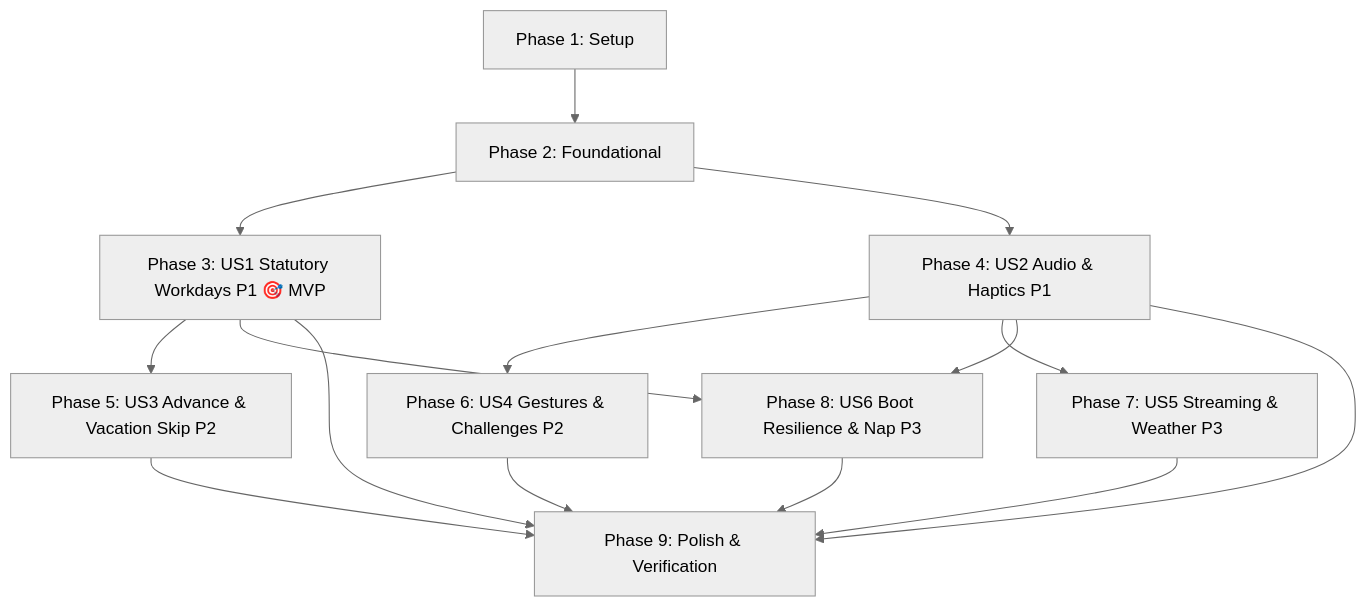
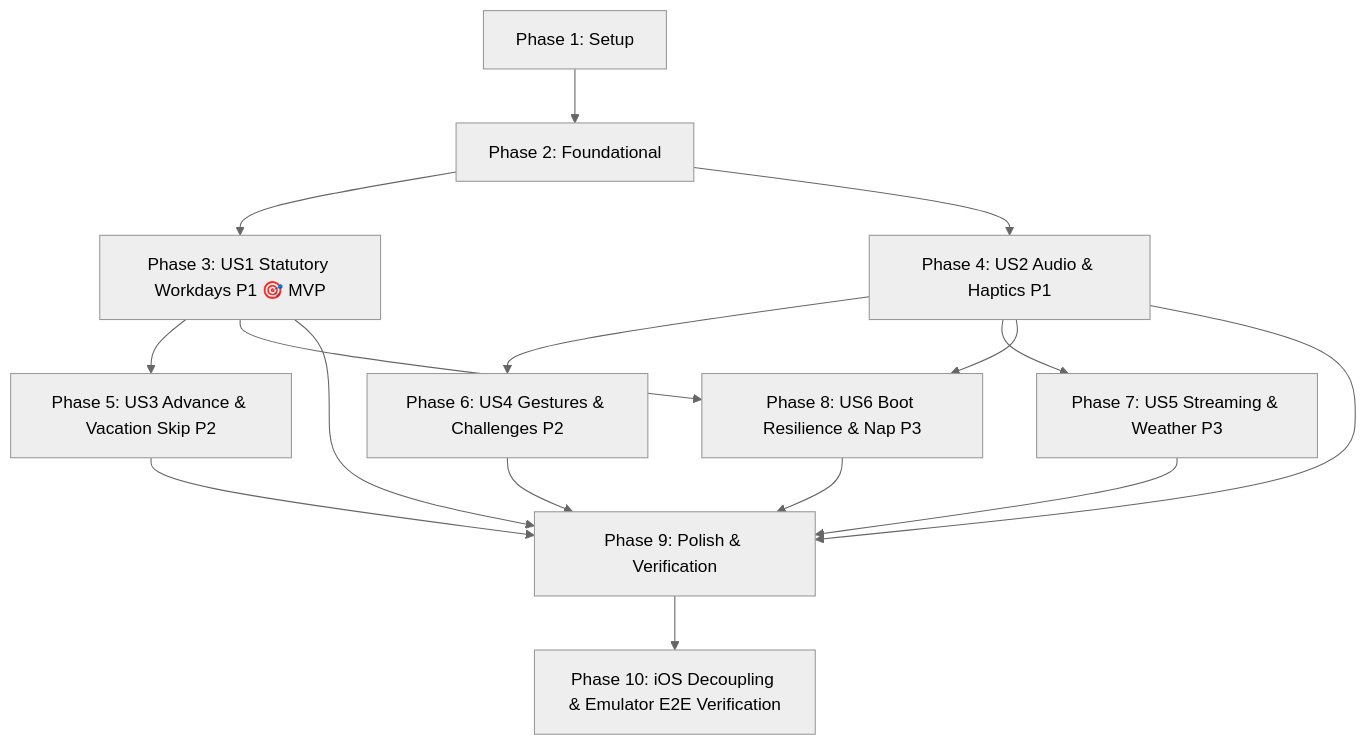
One commit to edompeng/alarm changed the diagram in specs/001-android-smart-alarm/tasks.md. Above: the diagram before and after it, drawn with Mermaid (neutral theme). The commit also changed other lines of this file and 22 other files, not shown here.

Commit message:
feat: add cross-platform C++ interfaces for iOS and automated emulator verification

````diff
--- a/specs/001-android-smart-alarm/tasks.md
+++ b/specs/001-android-smart-alarm/tasks.md
@@ -183,17 +196,18 @@
 ```mermaid
 graph TD
     P1[Phase 1: Setup] --> P2[Phase 2: Foundational]
     P2 --> US1[Phase 3: US1 Statutory Workdays P1 🎯 MVP]
     P2 --> US2[Phase 4: US2 Audio & Haptics P1]
     US1 --> US3[Phase 5: US3 Advance & Vacation Skip P2]
     US2 --> US4[Phase 6: US4 Gestures & Challenges P2]
     US2 --> US5[Phase 7: US5 Streaming & Weather P3]
     US1 --> US6[Phase 8: US6 Boot Resilience & Nap P3]
     US2 --> US6
     US1 --> Polish[Phase 9: Polish & Verification]
     US2 --> Polish
     US3 --> Polish
     US4 --> Polish
     US5 --> Polish
     US6 --> Polish
+    Polish --> P10[Phase 10: iOS Decoupling & Emulator E2E Verification]
 ```
````
